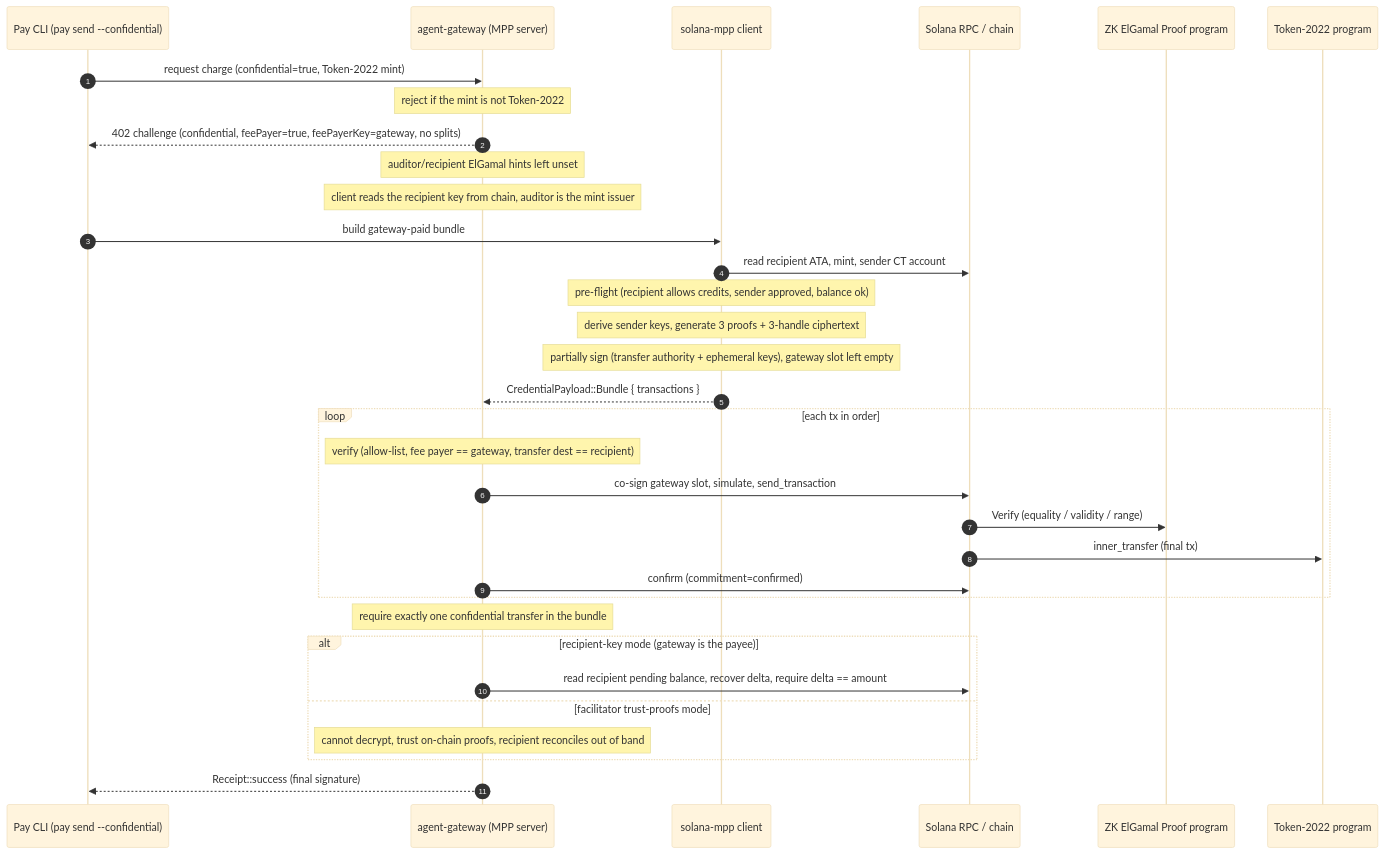
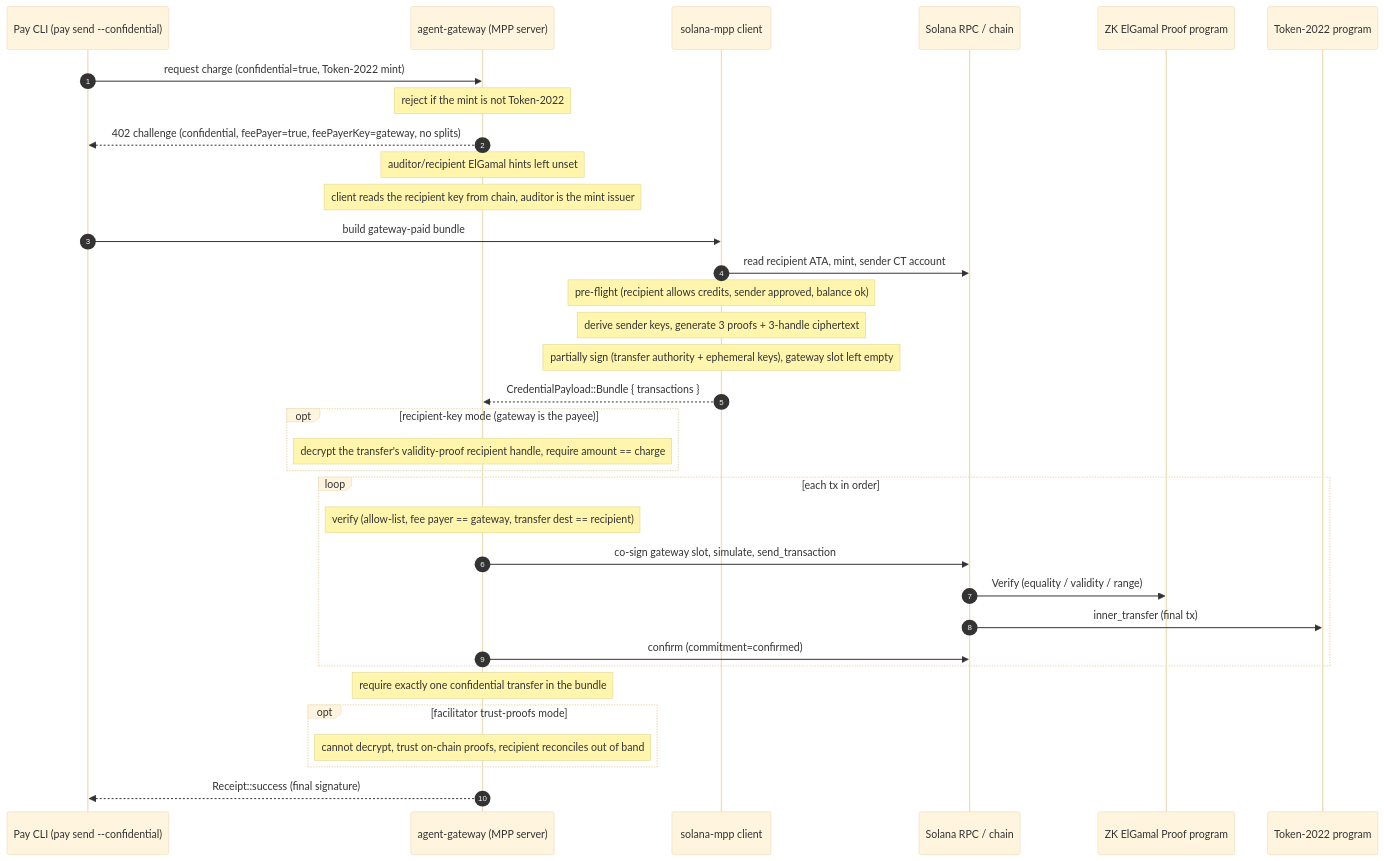
The sixth of 7 diagrams in rust/crates/kit/docs/confidential-transfers.md (solana-foundation/pay-kit), drawn with Mermaid (base theme) before and after one commit. The commit also changed other lines of this file and 4 other files, not shown here.

First line of the commit message:
fix(confidential): verify the transfer's own amount instead of a balance delta

````diff
--- a/rust/crates/kit/docs/confidential-transfers.md
+++ b/rust/crates/kit/docs/confidential-transfers.md
@@ -402,36 +402,37 @@
 ```mermaid
 sequenceDiagram
     autonumber
     participant CLI as Pay CLI (pay send --confidential)
     participant GW as agent-gateway (MPP server)
     participant Client as solana-mpp client
     participant RPC as Solana RPC / chain
     participant ZK as ZK ElGamal Proof program
     participant T22 as Token-2022 program
 
     CLI->>GW: request charge (confidential=true, Token-2022 mint)
     Note over GW: reject if the mint is not Token-2022
     GW-->>CLI: 402 challenge (confidential, feePayer=true, feePayerKey=gateway, no splits)
     Note over GW: auditor/recipient ElGamal hints left unset
     Note over GW: client reads the recipient key from chain, auditor is the mint issuer
     CLI->>Client: build gateway-paid bundle
     Client->>RPC: read recipient ATA, mint, sender CT account
     Note over Client: pre-flight (recipient allows credits, sender approved, balance ok)
     Note over Client: derive sender keys, generate 3 proofs + 3-handle ciphertext
     Note over Client: partially sign (transfer authority + ephemeral keys), gateway slot left empty
     Client-->>GW: CredentialPayload::Bundle { transactions }
+    opt recipient-key mode (gateway is the payee)
+        Note over GW: decrypt the transfer's validity-proof recipient handle, require amount == charge
+    end
     loop each tx in order
         Note over GW: verify (allow-list, fee payer == gateway, transfer dest == recipient)
         GW->>RPC: co-sign gateway slot, simulate, send_transaction
         RPC->>ZK: Verify (equality / validity / range)
         RPC->>T22: inner_transfer (final tx)
         GW->>RPC: confirm (commitment=confirmed)
     end
     Note over GW: require exactly one confidential transfer in the bundle
-    alt recipient-key mode (gateway is the payee)
-        GW->>RPC: read recipient pending balance, recover delta, require delta == amount
-    else facilitator trust-proofs mode
+    opt facilitator trust-proofs mode
         Note over GW: cannot decrypt, trust on-chain proofs, recipient reconciles out of band
     end
     GW-->>CLI: Receipt::success (final signature)
 ```
````
